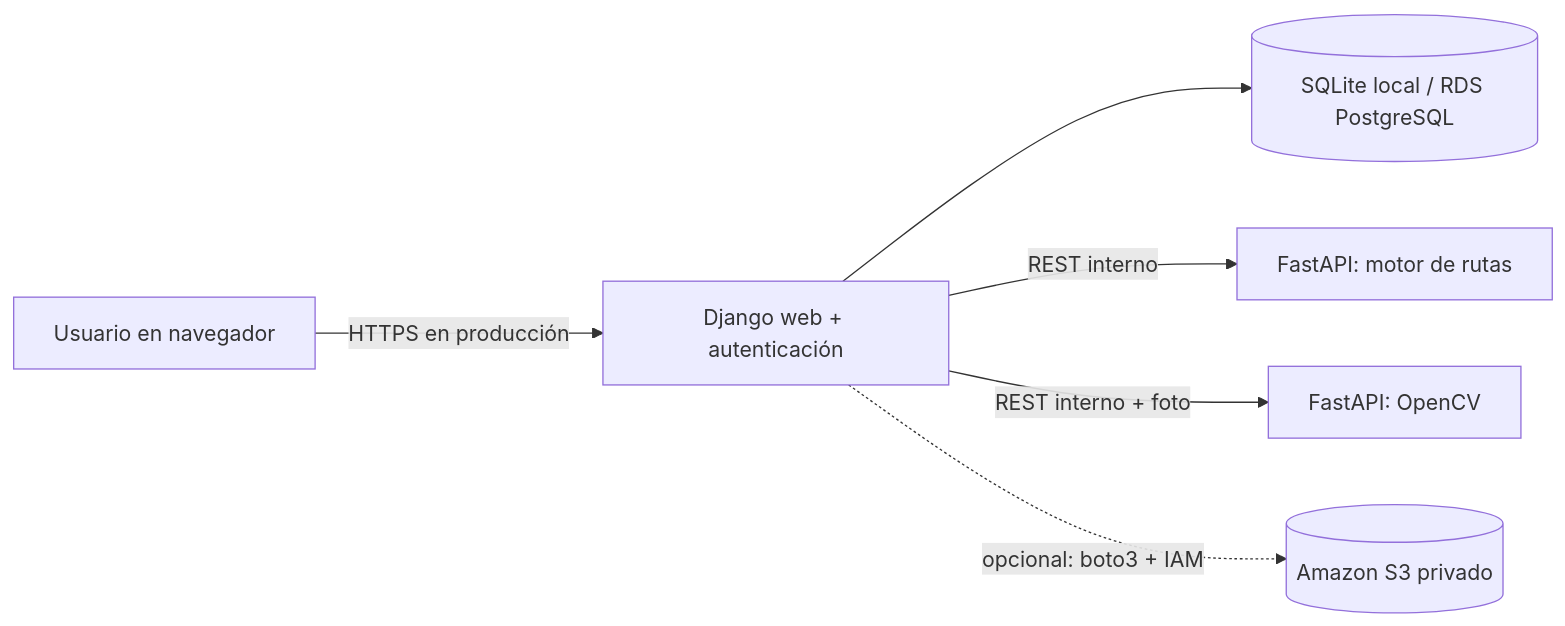
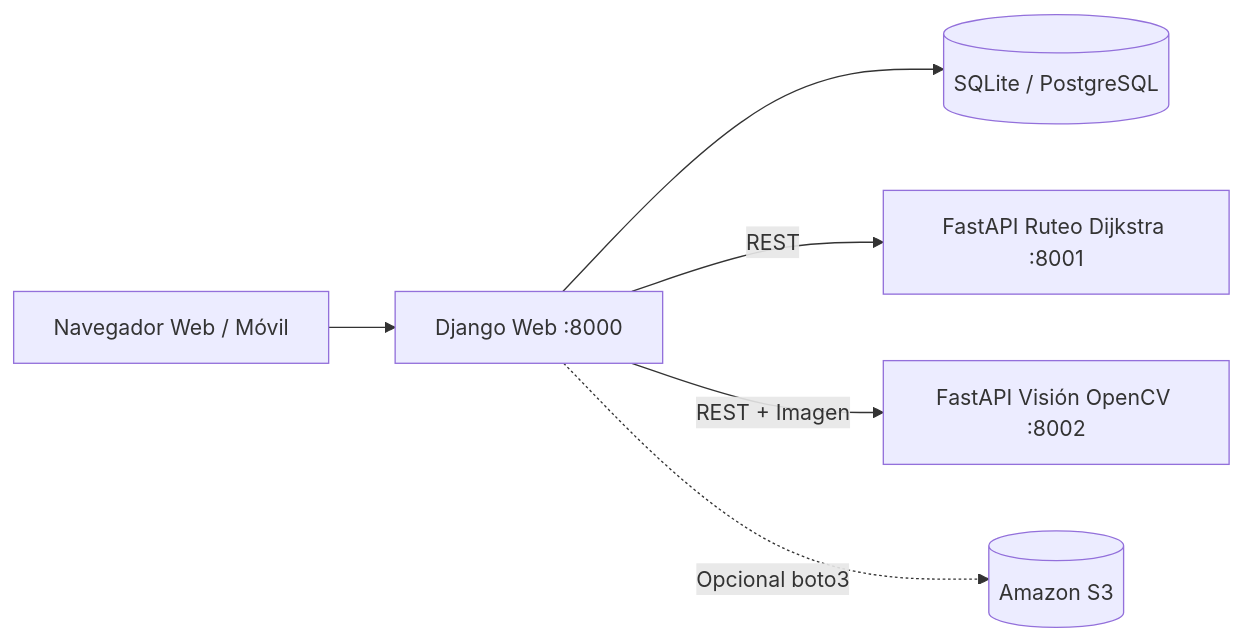
Before and after one commit to Flavio6931/OptiFlow_Dining: the diagram in README.md, drawn with Mermaid. The commit also changed other lines of this file, not shown here.

````diff
--- a/README.md
+++ b/README.md
@@ -48,8 +52,8 @@
 ```mermaid
 flowchart LR
-    U[Usuario en navegador] -->|HTTPS en producción| D[Django web + autenticación]
-    D --> DB[(SQLite local / RDS PostgreSQL)]
-    D -->|REST interno| R[FastAPI: motor de rutas]
-    D -->|REST interno + foto| V[FastAPI: OpenCV]
-    D -.->|opcional: boto3 + IAM| S3[(Amazon S3 privado)]
+    U[Navegador Web / Móvil] --> D[Django Web :8000]
+    D --> DB[(SQLite / PostgreSQL)]
+    D -->|REST| R[FastAPI Ruteo Dijkstra :8001]
+    D -->|REST + Imagen| V[FastAPI Visión OpenCV :8002]
+    D -.->|Opcional boto3| S3[(Amazon S3)]
 ```
````
